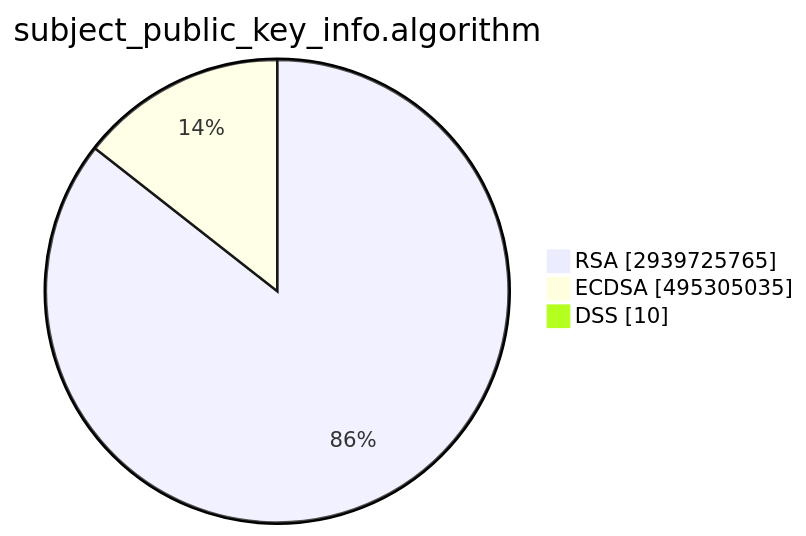
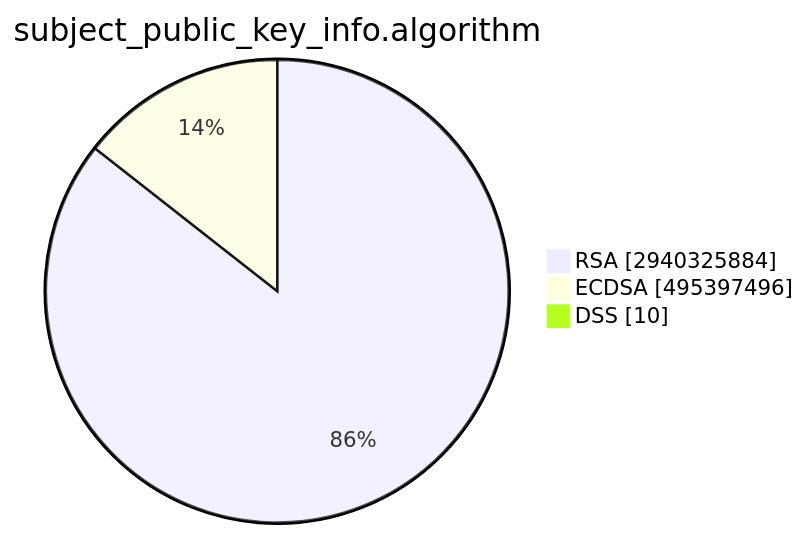
One commit to christiankrug/ctmonitor_visualization changed the second of 15 diagrams in TOTAL/README.md. Above: the diagram before and after it, drawn with Mermaid. The commit also changed other lines of this file, not shown here.

````diff
--- a/TOTAL/README.md
+++ b/TOTAL/README.md
@@ -6,7 +6,7 @@
 ```mermaid
 pie showData
 title subject_public_key_info.algorithm
-"RSA" :2939725765
-"ECDSA" :495305035
+"RSA" :2940325884
+"ECDSA" :495397496
 "DSS" :10
 ```
````
